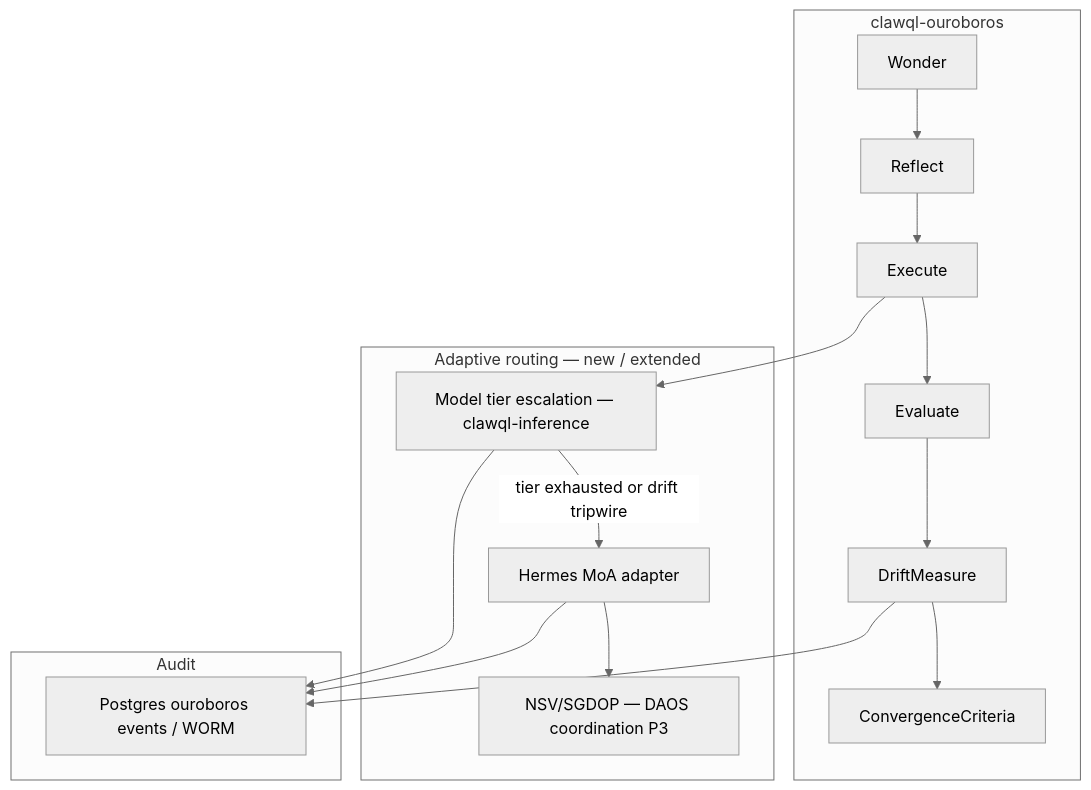
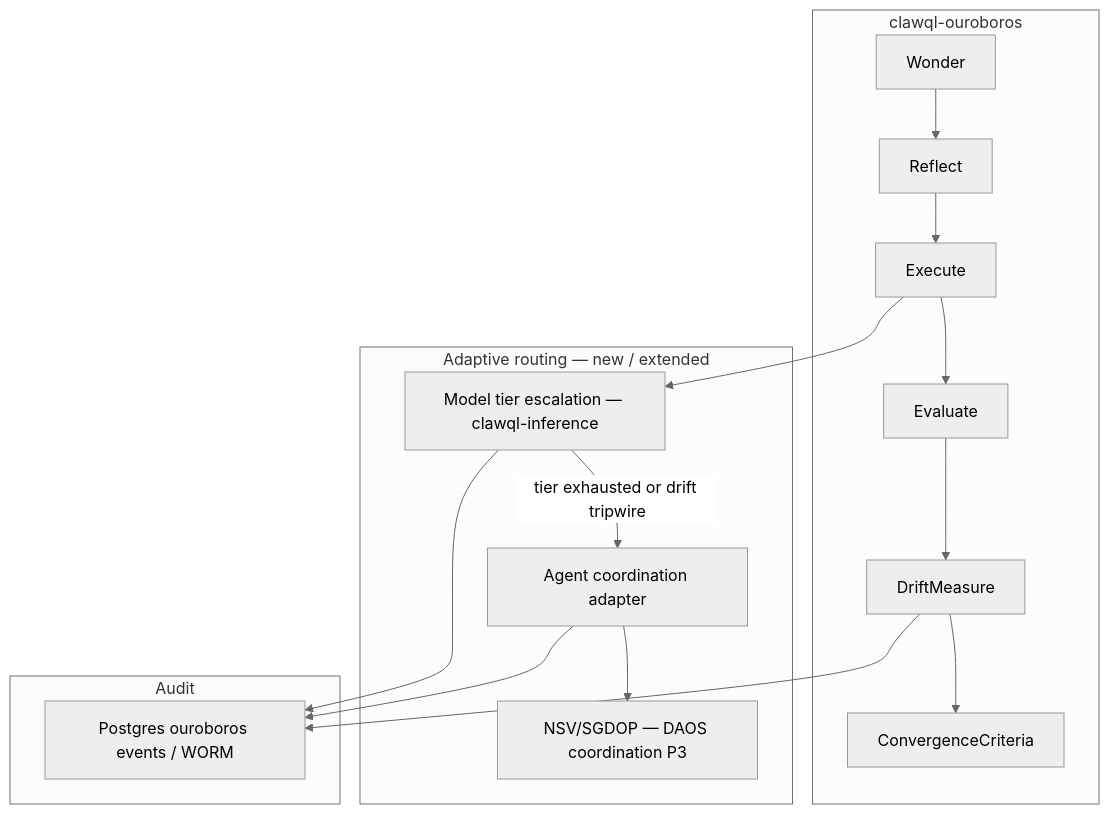
The diagram in docs/ouroboros/upstream-q00-sync-roadmap.md (danielsmithdevelopment/ClawQL), drawn with Mermaid (neutral theme) before and after one commit. The commit also changed other lines of this file and 5 other files, not shown here.

First line of the commit message:
refactor(inference): rename MoA to agent coordination

````diff
--- a/docs/ouroboros/upstream-q00-sync-roadmap.md
+++ b/docs/ouroboros/upstream-q00-sync-roadmap.md
@@ -41,25 +41,25 @@
 ```mermaid
 flowchart TB
   subgraph loop ["clawql-ouroboros"]
     W[Wonder] --> R[Reflect] --> E[Execute] --> EV[Evaluate]
     EV --> D[DriftMeasure]
     D --> C[ConvergenceCriteria]
   end
 
   subgraph routing ["Adaptive routing — new / extended"]
     ESC[Model tier escalation — clawql-inference]
-    MOA[Hermes MoA adapter]
+    AC[Agent coordination adapter]
     NSV[NSV/SGDOP — DAOS coordination P3]
   end
 
   subgraph audit ["Audit"]
     ES[Postgres ouroboros events / WORM]
   end
 
   E --> ESC
-  ESC -->|tier exhausted or drift tripwire| MOA
-  MOA --> NSV
+  ESC -->|tier exhausted or drift tripwire| AC
+  AC --> NSV
   ESC --> ES
-  MOA --> ES
+  AC --> ES
   D --> ES
 ```
````
